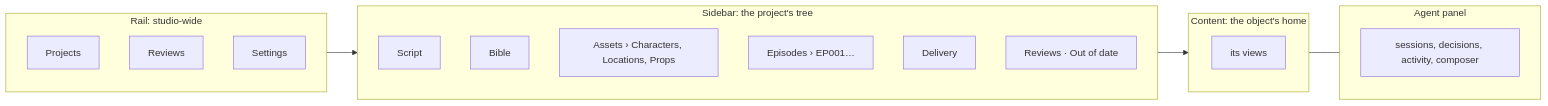
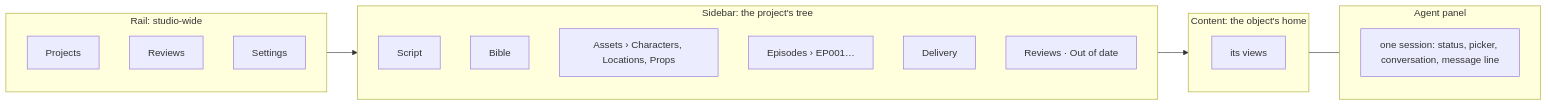
One commit to PineComputer/open-pinedrama changed the diagram in docs/studio/information-architecture.md. Above: the diagram before and after it, drawn with Mermaid. The commit also changed other lines of this file and 2 other files, not shown here.

Commit message:
docs: D73 the not-found wording (0e6f0f0); D16 and D31, the agent sidebar is one session's conversation (9579a5a); the IA and glossary follow

````diff
--- a/docs/studio/information-architecture.md
+++ b/docs/studio/information-architecture.md
@@ -46,24 +46,24 @@
 ```mermaid
 flowchart LR
   subgraph Rail["Rail: studio-wide"]
     R1[Projects]
     R2[Reviews]
     R3[Settings]
   end
   subgraph Tree["Sidebar: the project's tree"]
     T1[Script]
     T2[Bible]
     T3["Assets › Characters, Locations, Props"]
     T4["Episodes › EP001…"]
     T5[Delivery]
     T6[Reviews · Out of date]
   end
   subgraph Content["Content: the object's home"]
     C1[its views]
   end
   subgraph Agent["Agent panel"]
-    A1[sessions, decisions, activity, composer]
+    A1[one session: status, picker, conversation, message line]
   end
   Rail --> Tree --> Content
   Content --- Agent
 ```
````
